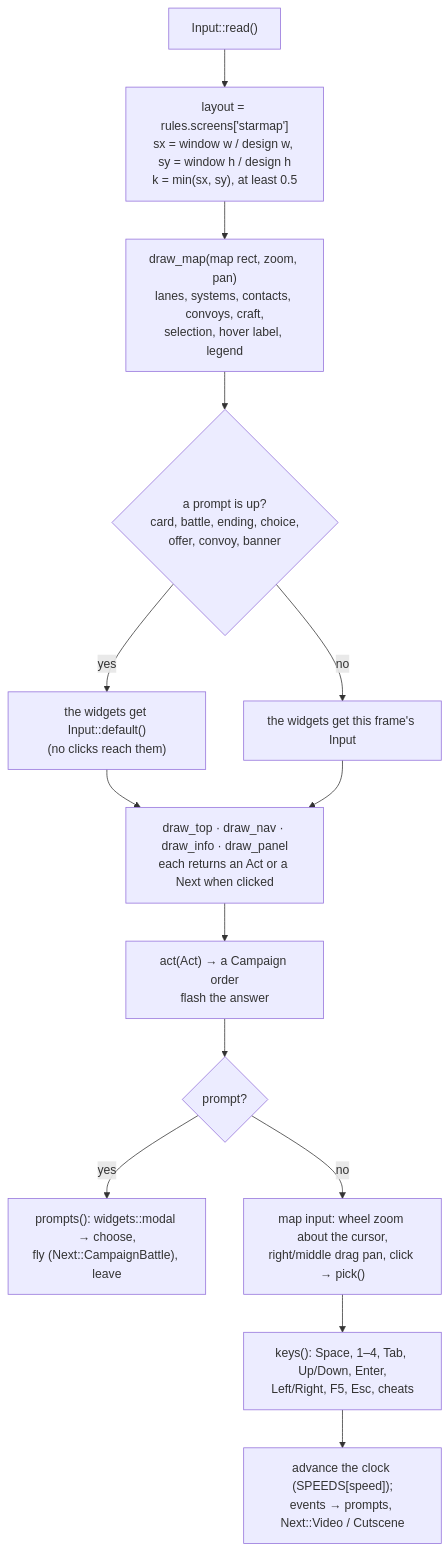
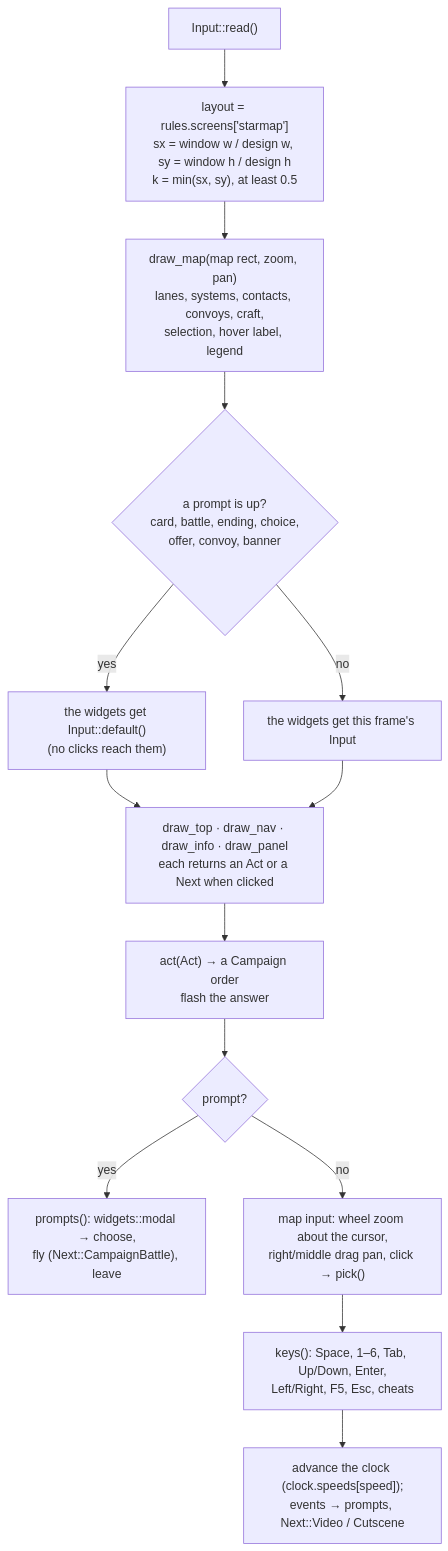
Before and after one commit to bbogovich/OpenInterceptor: the fifth of 5 diagrams in docs/implementation/architecture/presentation.md, drawn with Mermaid. The commit also changed 18 other files, not shown here.

````diff
--- a/docs/implementation/architecture/presentation.md
+++ b/docs/implementation/architecture/presentation.md
@@ -208,16 +208,16 @@
 ```mermaid
 flowchart TD
     A["Input::read()"] --> B["layout = rules.screens['starmap']<br/>sx = window w / design w, sy = window h / design h<br/>k = min(sx, sy), at least 0.5"]
     B --> C["draw_map(map rect, zoom, pan)<br/>lanes, systems, contacts, convoys, craft,<br/>selection, hover label, legend"]
     C --> P{"a prompt is up?<br/>card, battle, ending, choice,<br/>offer, convoy, banner"}
     P -- yes --> Q["the widgets get Input::default()<br/>(no clicks reach them)"]
     P -- no --> R["the widgets get this frame's Input"]
     Q --> W["draw_top · draw_nav · draw_info · draw_panel<br/>each returns an Act or a Next when clicked"]
     R --> W
     W --> X["act(Act) → a Campaign order<br/>flash the answer"]
     X --> Y{"prompt?"}
     Y -- yes --> Z["prompts(): widgets::modal → choose,<br/>fly (Next::CampaignBattle), leave"]
     Y -- no --> M["map input: wheel zoom about the cursor,<br/>right/middle drag pan, click → pick()"]
-    M --> K["keys(): Space, 1–4, Tab, Up/Down, Enter,<br/>Left/Right, F5, Esc, cheats"]
-    K --> T["advance the clock (SPEEDS[speed]);<br/>events → prompts, Next::Video / Cutscene"]
+    M --> K["keys(): Space, 1–6, Tab, Up/Down, Enter,<br/>Left/Right, F5, Esc, cheats"]
+    K --> T["advance the clock (clock.speeds[speed]);<br/>events → prompts, Next::Video / Cutscene"]
 ```
````
